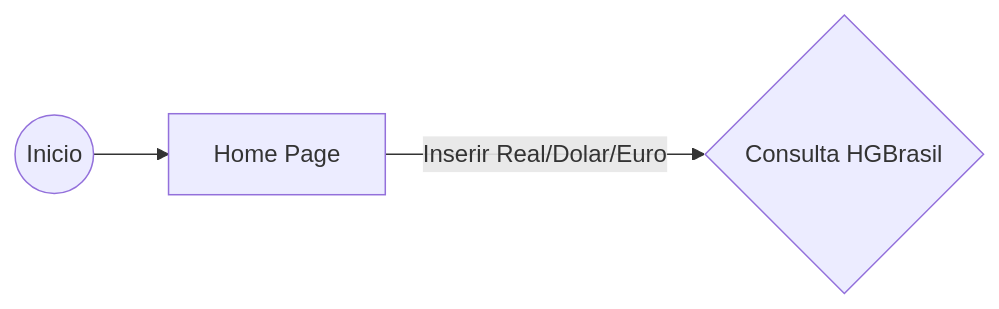
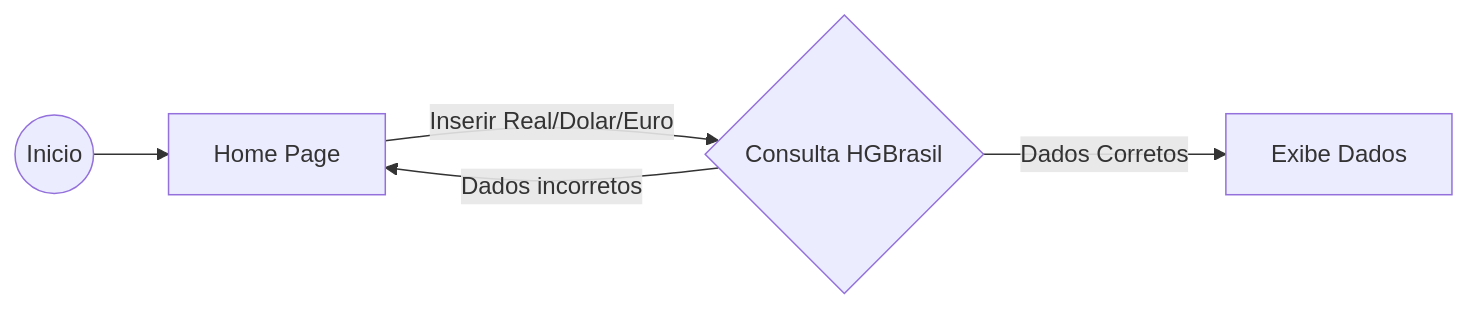
Before and after one commit to otaviotfcunha/conversor_moeda: the diagram in README.md, drawn with Mermaid.

Commit message:
Quarto commit: Alteração arquivo readme.md.

````diff
--- a/README.md
+++ b/README.md
@@ -14,5 +14,7 @@
 ```mermaid
 graph LR
 A((Inicio)) --> B[Home Page]
 B -- Inserir Real/Dolar/Euro --> C{Consulta HGBrasil}
+C -- Dados Corretos --> D[Exibe Dados]
+C -- Dados incorretos --> B
 ```
````
